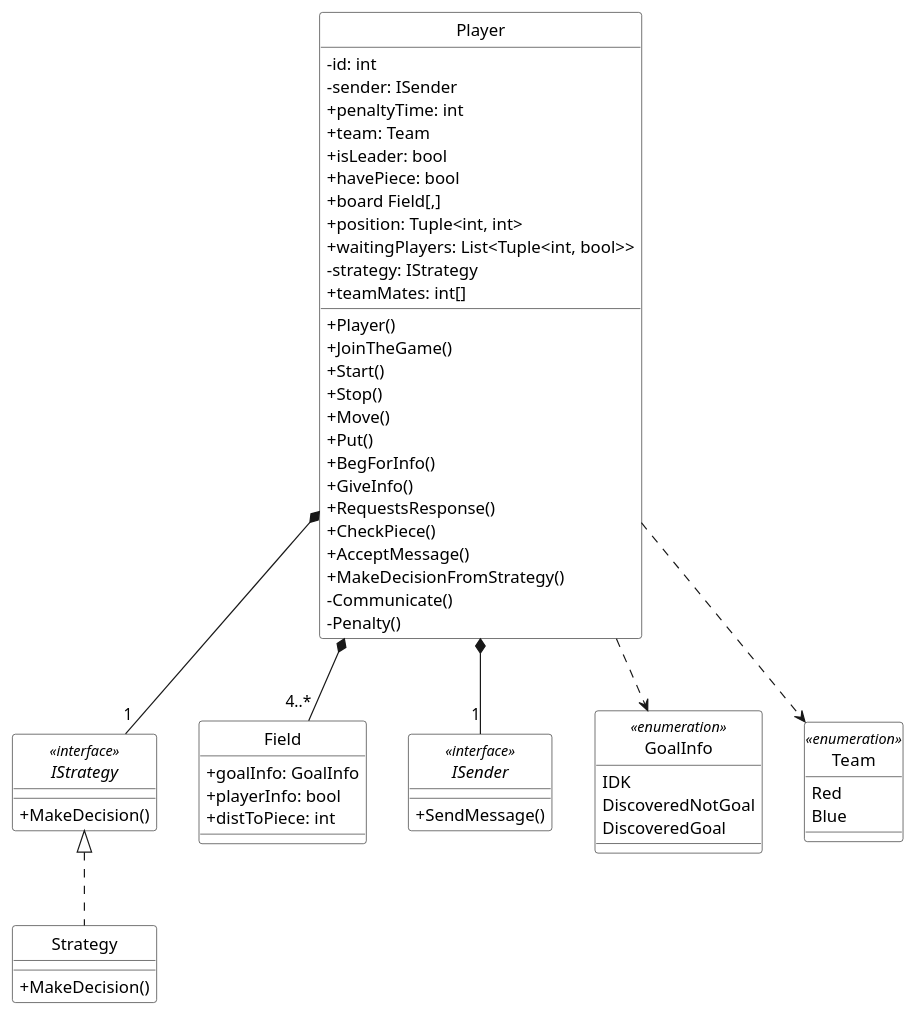
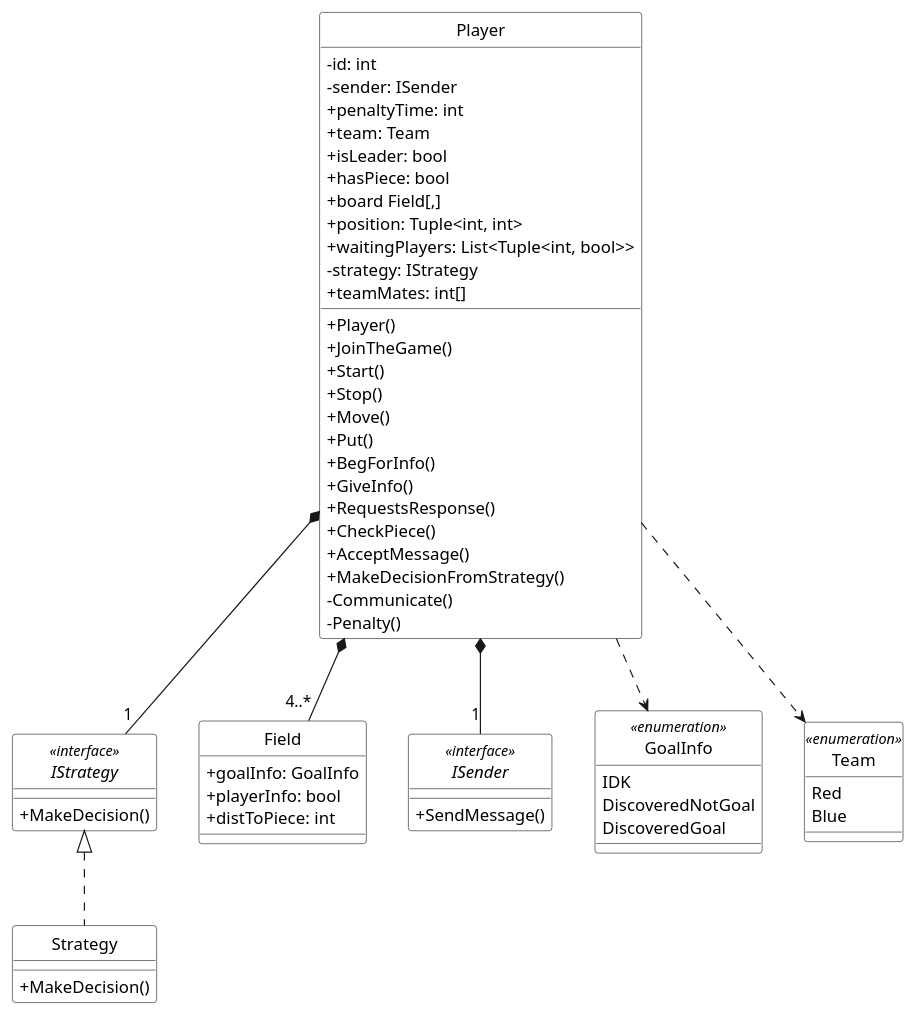
Before and after one commit to MINI-IO/IO-project-game: the diagram in UML/ClassDiagram/Player.puml, drawn with PlantUML. The commit also changed 4 other files, not shown here.

```diff
--- a/UML/ClassDiagram/Player.puml
+++ b/UML/ClassDiagram/Player.puml
@@ -1,76 +1,76 @@
 @startuml
 skinparam shadowing false
 skinparam monochrome true
 skinparam classAttributeIconSize 0
 hide circles
 
 skinparam class {
 BackgroundColor white
 }
 
 IStrategy <|.. Strategy
 Player *-- "4..*" Field
 Player *-- "1" IStrategy
 Player *-- "1" ISender
 Player ..> GoalInfo
 Player ..> Team
 
 class Player {
 - id: int
 - sender: ISender
 + penaltyTime: int
 + team: Team
 + isLeader: bool
-+ havePiece: bool
++ hasPiece: bool
 + board Field[,]
 + position: Tuple<int, int>
 + waitingPlayers: List<Tuple<int, bool>>
 - strategy: IStrategy
 + teamMates: int[]
 
 + Player()
 + JoinTheGame()
 + Start()
 + Stop()
 + Move()
 + Put()
 + BegForInfo()
 + GiveInfo()
 + RequestsResponse()
 + CheckPiece()
 + AcceptMessage()
 + MakeDecisionFromStrategy()
 - Communicate()
 - Penalty()
 }
 
 class Field{
 + goalInfo: GoalInfo
 + playerInfo: bool
 + distToPiece: int
 }
 
 interface IStrategy <<interface>> {
 + MakeDecision()
 }
 
 interface ISender <<interface>> {
 + SendMessage()
 }
 
 
 class Strategy {
 + MakeDecision()
 }
 
 enum Team <<enumeration>> {
 Red
 Blue
 }
 
 enum GoalInfo <<enumeration>> {
 IDK
 DiscoveredNotGoal
 DiscoveredGoal
 }
 @enduml
```
